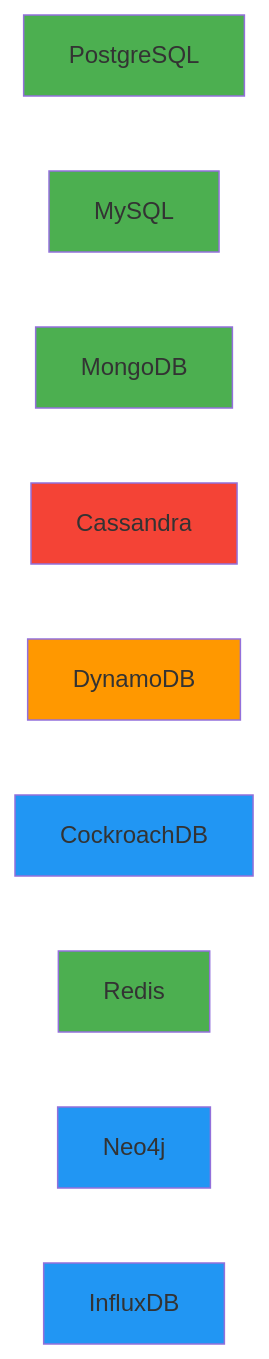
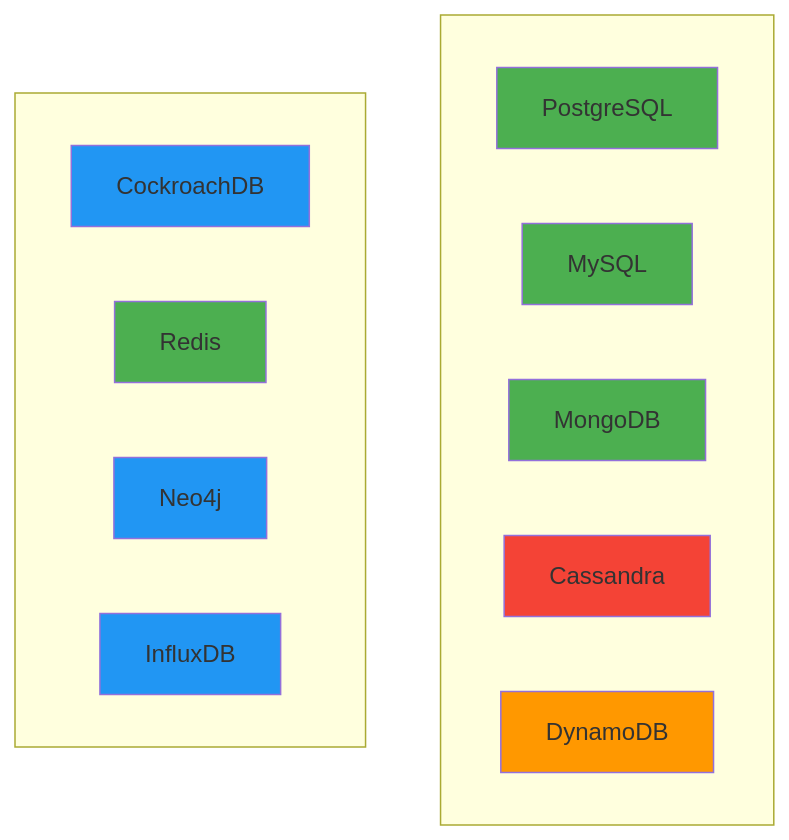
Before and after one commit to niceguy61/kdt_devops_lecture_2025: the fourth of 10 diagrams in theory/week_04/day1/challenge_2.md, drawn with Mermaid. The commit also changed other lines of this file, not shown here.

````diff
--- a/theory/week_04/day1/challenge_2.md
+++ b/theory/week_04/day1/challenge_2.md
@@ -231,22 +229,27 @@
 ```mermaid
-graph LR
-    A[PostgreSQL]
-    B[MySQL]
-    C[MongoDB]
-    D[Cassandra]
-    E[DynamoDB]
-    F[CockroachDB]
-    G[Redis]
-    H[Neo4j]
-    I[InfluxDB]
+graph TB
+    subgraph col1[" "]
+        A[PostgreSQL]
+        B[MySQL]
+        C[MongoDB]
+        D[Cassandra]
+        E[DynamoDB]
+    end
+    
+    subgraph col2[" "]
+        F[CockroachDB]
+        G[Redis]
+        H[Neo4j]
+        I[InfluxDB]
+    end
     
     style A fill:#4caf50
     style B fill:#4caf50
     style C fill:#4caf50
     style D fill:#f44336
     style E fill:#ff9800
     style F fill:#2196f3
     style G fill:#4caf50
     style H fill:#2196f3
     style I fill:#2196f3
 ```
````
